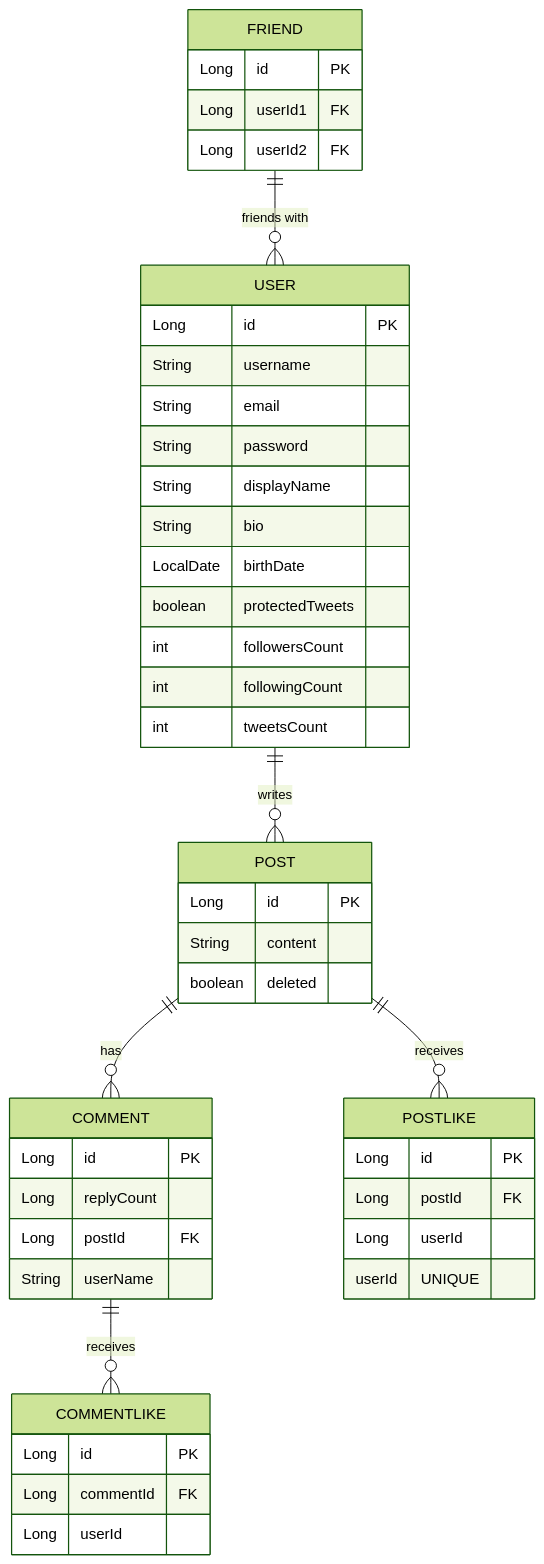
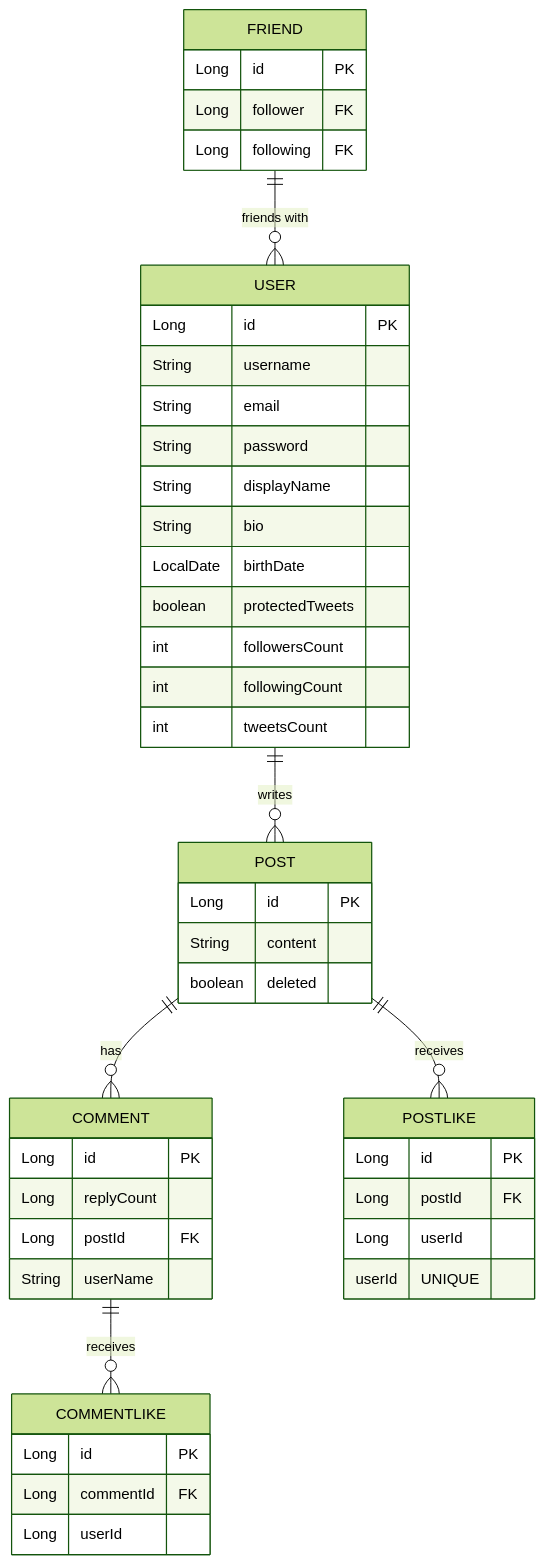
Before and after one commit to SpartaSnsProject/newsfeed: the diagram in README.md, drawn with Mermaid (forest theme). The commit also changed other lines of this file, not shown here.

````diff
--- a/README.md
+++ b/README.md
@@ -35,53 +35,53 @@
 ```mermaid
 erDiagram
 
 
     USER {
         Long id PK
         String username
         String email
         String password
         String displayName
         String bio
         LocalDate birthDate
         boolean protectedTweets
         int followersCount
         int followingCount
         int tweetsCount
     }
     POST {
         Long id PK
         String content
         boolean deleted
     }
     COMMENT {
         Long id PK
         Long replyCount
         Long postId FK
         String userName
     }
     FRIEND {
         Long id PK
-        Long userId1 FK
-        Long userId2 FK
+        Long follower FK
+        Long following FK
     }
     POSTLIKE {
         Long id PK
         Long postId FK
         Long userId
     }
     COMMENTLIKE {
         Long id PK
         Long commentId FK
         Long userId
     }
     USER ||--o{ POST : "writes"
     POST ||--o{ COMMENT : "has"
     POST ||--o{ POSTLIKE : "receives"
     COMMENT ||--o{ COMMENTLIKE : "receives"
     FRIEND ||--o{ USER : "friends with"
     %% 유니크 제약 조건
     POSTLIKE {
         userId UNIQUE
     }
 ```
````
